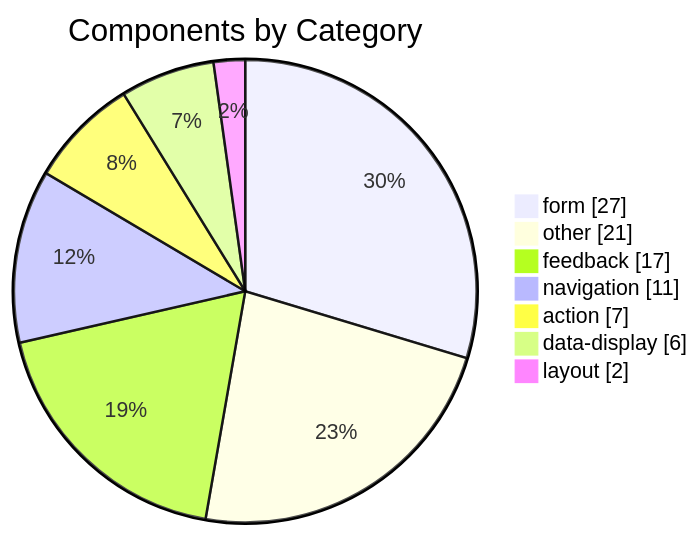
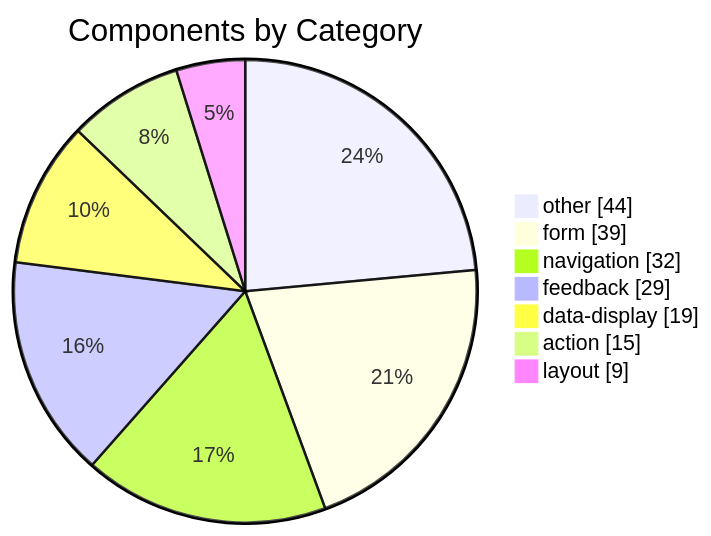
Before and after one commit to MerzoukeMansouri/adeo-mozaic-mcp: the diagram in docs/assets/stats-components.mmd, drawn with Mermaid. The commit also changed 15 other files, not shown here.

First line of the commit message:
docs: add Web Components and Freemarker repos to data-flow diagram

```diff
--- a/docs/assets/stats-components.mmd
+++ b/docs/assets/stats-components.mmd
@@ -1,11 +1,11 @@
 ---
 title: Components by Category
 ---
 pie showData
-    "form" : 27
-    "other" : 21
-    "feedback" : 17
-    "navigation" : 11
-    "action" : 7
-    "data-display" : 6
-    "layout" : 2
+    "other" : 44
+    "form" : 39
+    "navigation" : 32
+    "feedback" : 29
+    "data-display" : 19
+    "action" : 15
+    "layout" : 9
```
